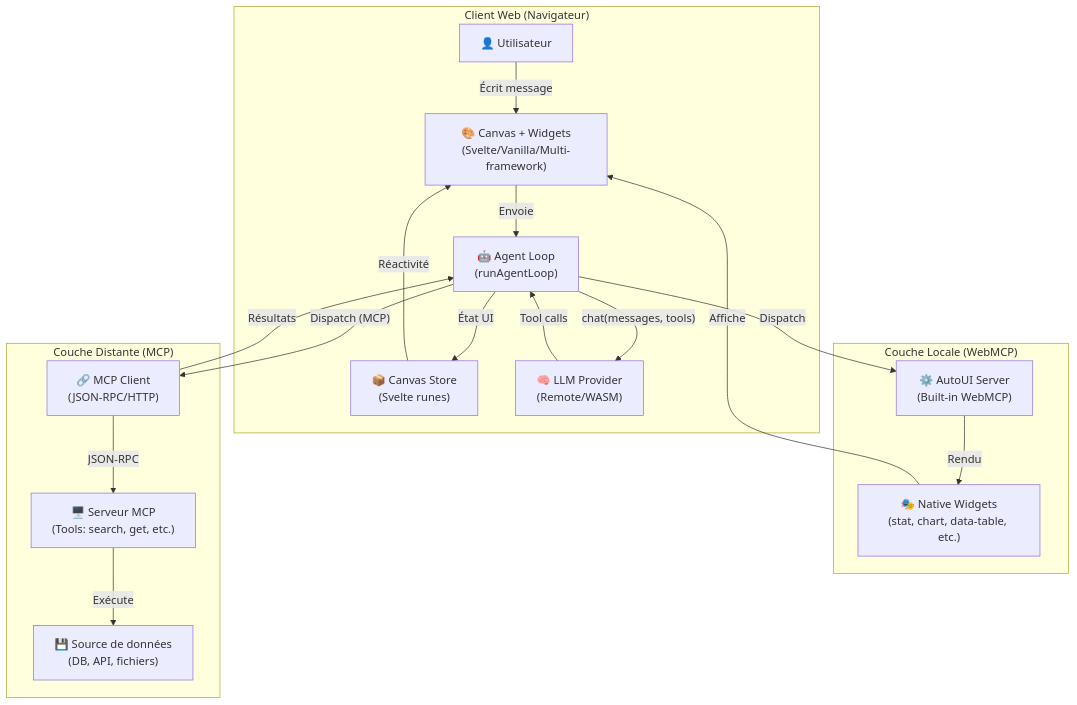
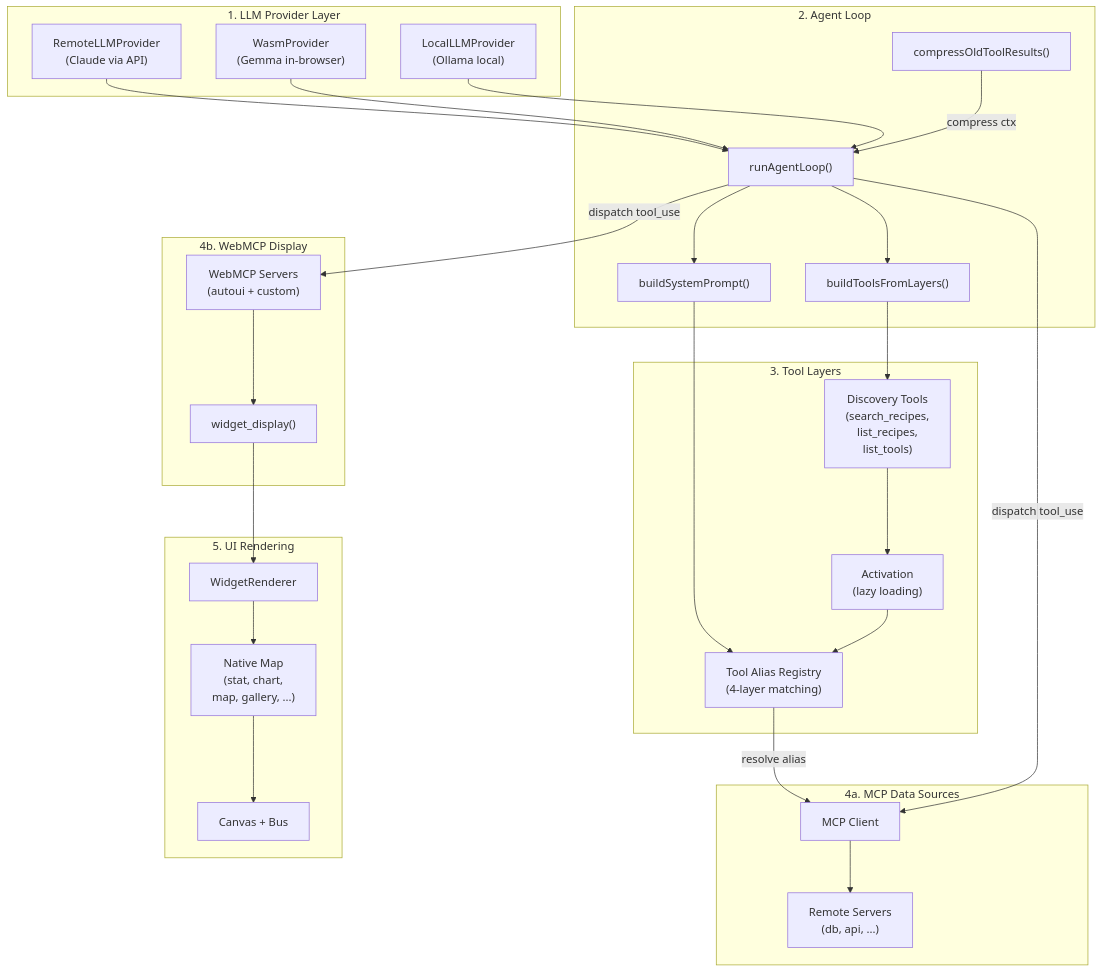
One commit to jeanbaptiste/webmcp-auto-ui changed the first of 2 diagrams in docs-site/src/content/docs/guide/architecture.mdx. Above: the diagram before and after it, drawn with Mermaid. The commit also changed other lines of this file and 23 other files, not shown here.

````diff
--- a/docs-site/src/content/docs/guide/architecture.mdx
+++ b/docs-site/src/content/docs/guide/architecture.mdx
@@ -10,35 +19,62 @@
 ```mermaid
 graph TB
-    subgraph Client["Client Web (Navigateur)"]
-        A["👤 Utilisateur"]
-        UI["🎨 Canvas + Widgets<br/>(Svelte/Vanilla/Multi-framework)"]
-        Store["📦 Canvas Store<br/>(Svelte runes)"]
-        Agent["🤖 Agent Loop<br/>(runAgentLoop)"]
-        LLM["🧠 LLM Provider<br/>(Remote/WASM)"]
+    subgraph "1. LLM Provider Layer"
+        RA["RemoteLLMProvider<br/>(Claude via API)"]
+        WA["WasmProvider<br/>(Gemma in-browser)"]
+        LA["LocalLLMProvider<br/>(Ollama local)"]
     end
-
-    subgraph Local["Couche Locale (WebMCP)"]
-        AutoUI["⚙️ AutoUI Server<br/>(Built-in WebMCP)"]
-        Widgets["🎭 Native Widgets<br/>(stat, chart, data-table, etc.)"]
+    
+    subgraph "2. Agent Loop"
+        AL["runAgentLoop()"]
+        SP["buildSystemPrompt()"]
+        TL["buildToolsFromLayers()"]
+        CM["compressOldToolResults()"]
     end
-
-    subgraph Remote["Couche Distante (MCP)"]
-        MCPClient["🔗 MCP Client<br/>(JSON-RPC/HTTP)"]
-        MCPServer["🖥️ Serveur MCP<br/>(Tools: search, get, etc.)"]
-        Data["💾 Source de données<br/>(DB, API, fichiers)"]
+    
+    subgraph "3. Tool Layers"
+        DT["Discovery Tools<br/>(search_recipes,<br/>list_recipes,<br/>list_tools)"]
+        AT["Activation<br/>(lazy loading)"]
+        AR["Tool Alias Registry<br/>(4-layer matching)"]
     end
-
-    A -->|"Écrit message"| UI
-    UI -->|"Envoie"| Agent
-    Agent -->|"chat(messages, tools)"| LLM
-    LLM -->|"Tool calls"| Agent
-    Agent -->|"Dispatch"| AutoUI
-    Agent -->|"Dispatch (MCP)"| MCPClient
-    AutoUI -->|"Rendu"| Widgets
-    Widgets -->|"Affiche"| UI
-    MCPClient -->|"JSON-RPC"| MCPServer
-    MCPServer -->|"Exécute"| Data
-    MCPClient -->|"Résultats"| Agent
-    Agent -->|"État UI"| Store
-    Store -->|"Réactivité"| UI
+    
+    subgraph "4a. MCP Data Sources"
+        MC["MCP Client"]
+        MS["Remote Servers<br/>(db, api, ...)"]
+    end
+    
+    subgraph "4b. WebMCP Display"
+        WS["WebMCP Servers<br/>(autoui + custom)"]
+        WD["widget_display()"]
+    end
+    
+    subgraph "5. UI Rendering"
+        WR["WidgetRenderer"]
+        NM["Native Map<br/>(stat, chart,<br/>map, gallery, ...)"]
+        CV["Canvas + Bus"]
+    end
+    
+    RA --> AL
+    WA --> AL
+    LA --> AL
+    
+    AL --> SP
+    AL --> TL
+    
+    SP --> AR
+    TL --> DT
+    DT --> AT
+    AT --> AR
+    
+    AR -->|"resolve alias"| MC
+    MC --> MS
+    
+    AL -->|"dispatch tool_use"| MC
+    AL -->|"dispatch tool_use"| WS
+    
+    WS --> WD
+    WD --> WR
+    WR --> NM
+    NM --> CV
+    
+    CM -->|"compress ctx"| AL
 ```
````
